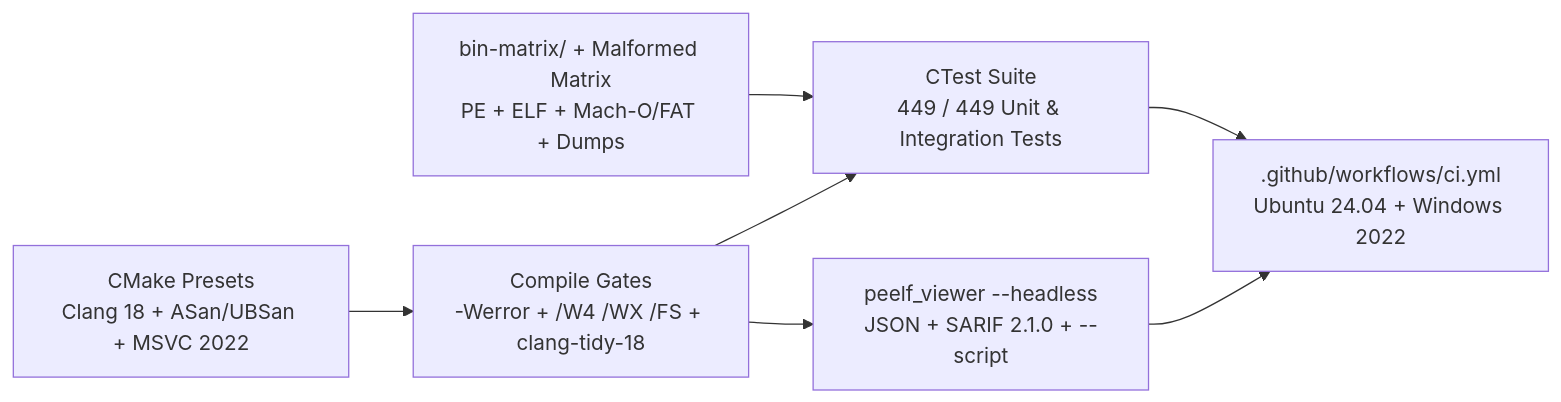
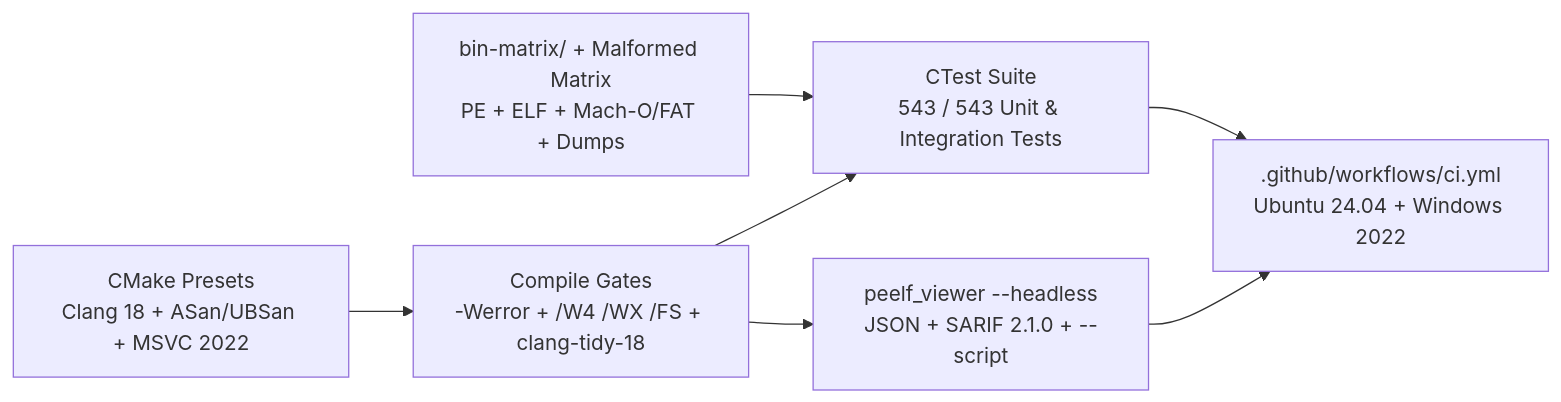
The seventh of 7 diagrams in docs/ARCHITECTURE.md (wsollers/exe_viewer), drawn with Mermaid before and after one commit. The commit also changed other lines of this file and 16 other files, not shown here.

````diff
--- a/docs/ARCHITECTURE.md
+++ b/docs/ARCHITECTURE.md
@@ -211,16 +226,16 @@
 ```mermaid
 flowchart LR
     matrix["bin-matrix/ + Malformed Matrix<br/>PE + ELF + Mach-O/FAT + Dumps"]
     presets["CMake Presets<br/>Clang 18 + ASan/UBSan + MSVC 2022"]
     gates["Compile Gates<br/>-Werror + /W4 /WX /FS + clang-tidy-18"]
-    ctest["CTest Suite<br/>449 / 449 Unit & Integration Tests"]
+    ctest["CTest Suite<br/>543 / 543 Unit & Integration Tests"]
     headless["peelf_viewer --headless<br/>JSON + SARIF 2.1.0 + --script"]
     gha[".github/workflows/ci.yml<br/>Ubuntu 24.04 + Windows 2022"]
 
     matrix --> ctest
     presets --> gates
     gates --> ctest
     gates --> headless
     ctest --> gha
     headless --> gha
 ```
````
